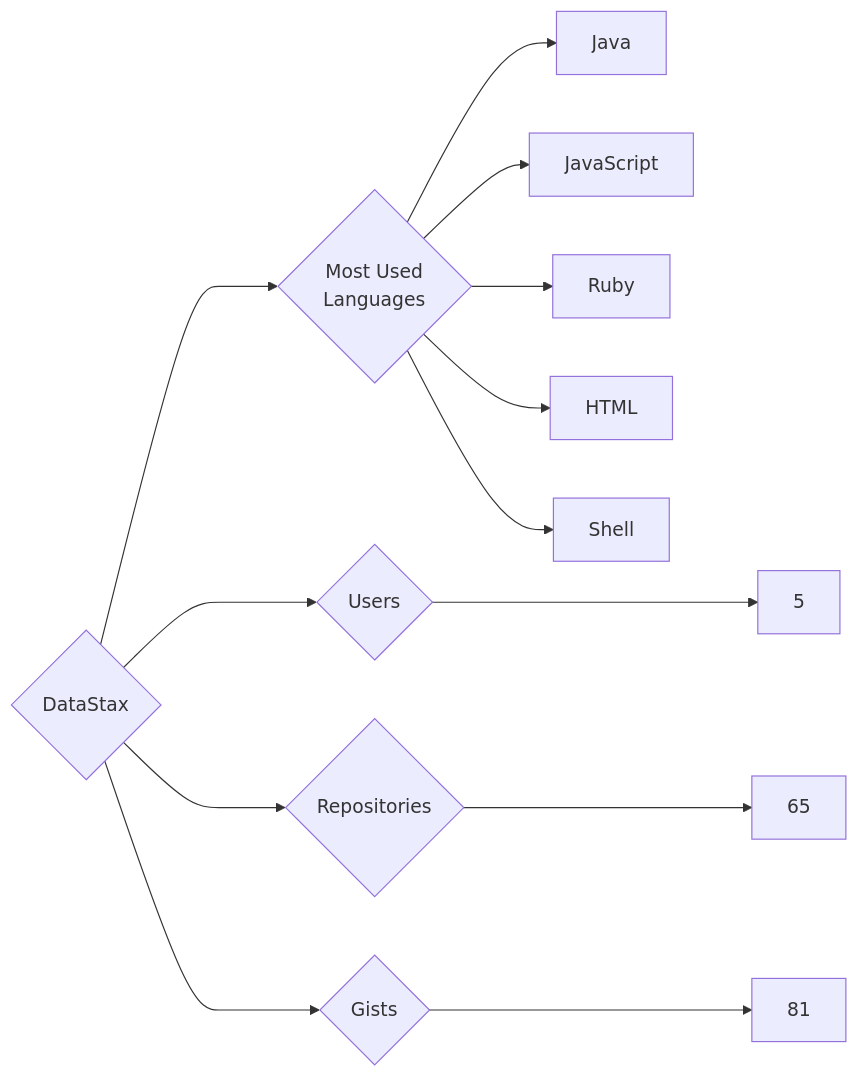
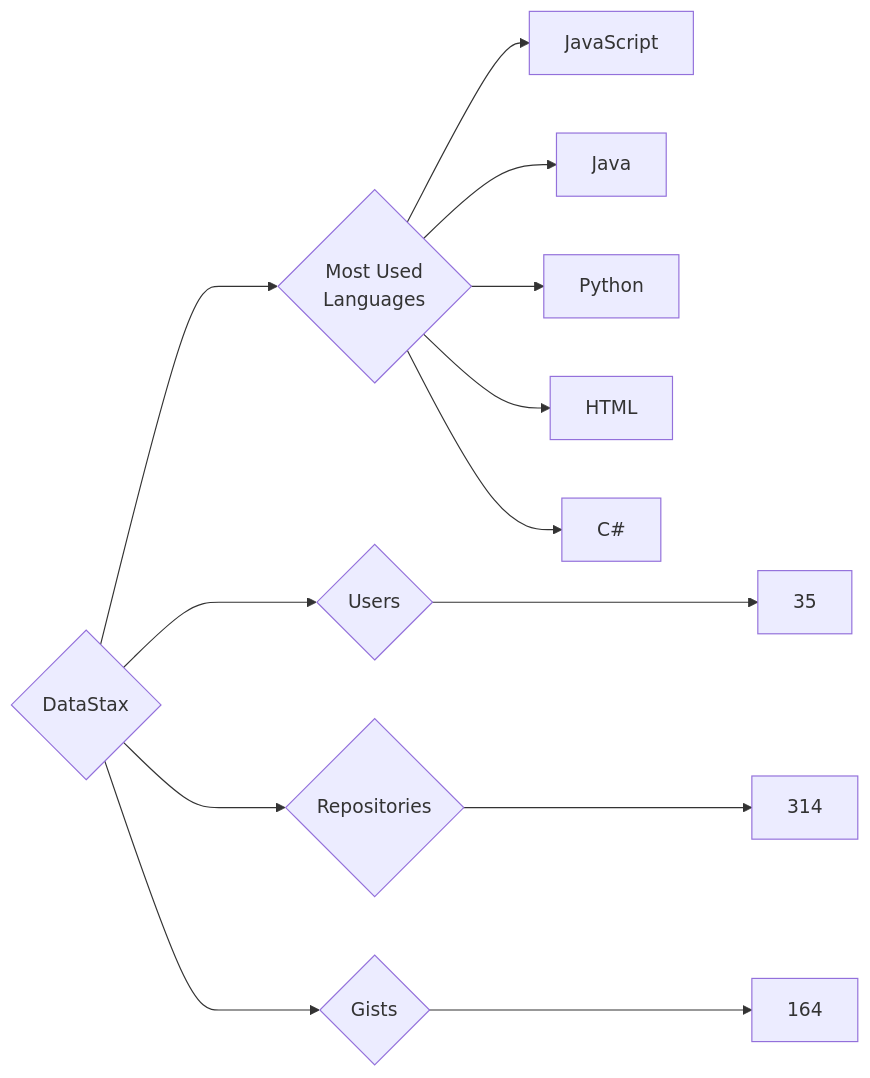
The diagram in targets/DataStax/README.md (trickest/insiders), drawn with Mermaid before and after one commit. The commit also changed 809 other files, not shown here.

````diff
--- a/targets/DataStax/README.md
+++ b/targets/DataStax/README.md
@@ -3,13 +3,13 @@
 ```mermaid
 graph LR
 COMPANY_NAME{DataStax}
-COMPANY_NAME ---> U{Users} ---> UN[5]
-COMPANY_NAME ---> R{Repositories} ---> RN[65]
-COMPANY_NAME ---> G{Gists} ---> GN[81]
+COMPANY_NAME ---> U{Users} ---> UN[35]
+COMPANY_NAME ---> R{Repositories} ---> RN[314]
+COMPANY_NAME ---> G{Gists} ---> GN[164]
 COMPANY_NAME ---> ML{Most Used<br>Languages}
+ML --> JavaScript[JavaScript]
 ML --> Java[Java]
-ML --> JavaScript[JavaScript]
-ML --> Ruby[Ruby]
+ML --> Python[Python]
 ML --> HTML[HTML]
-ML --> Shell[Shell]
+ML --> C#[C#]
 ```
````
